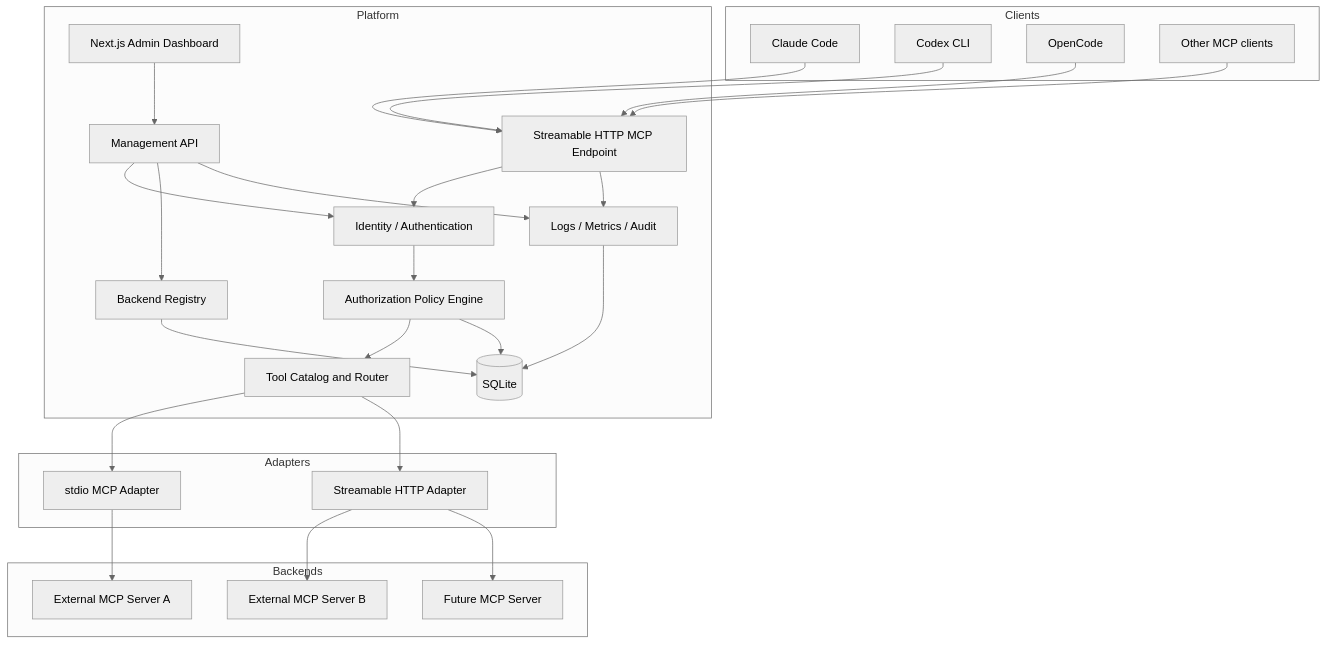
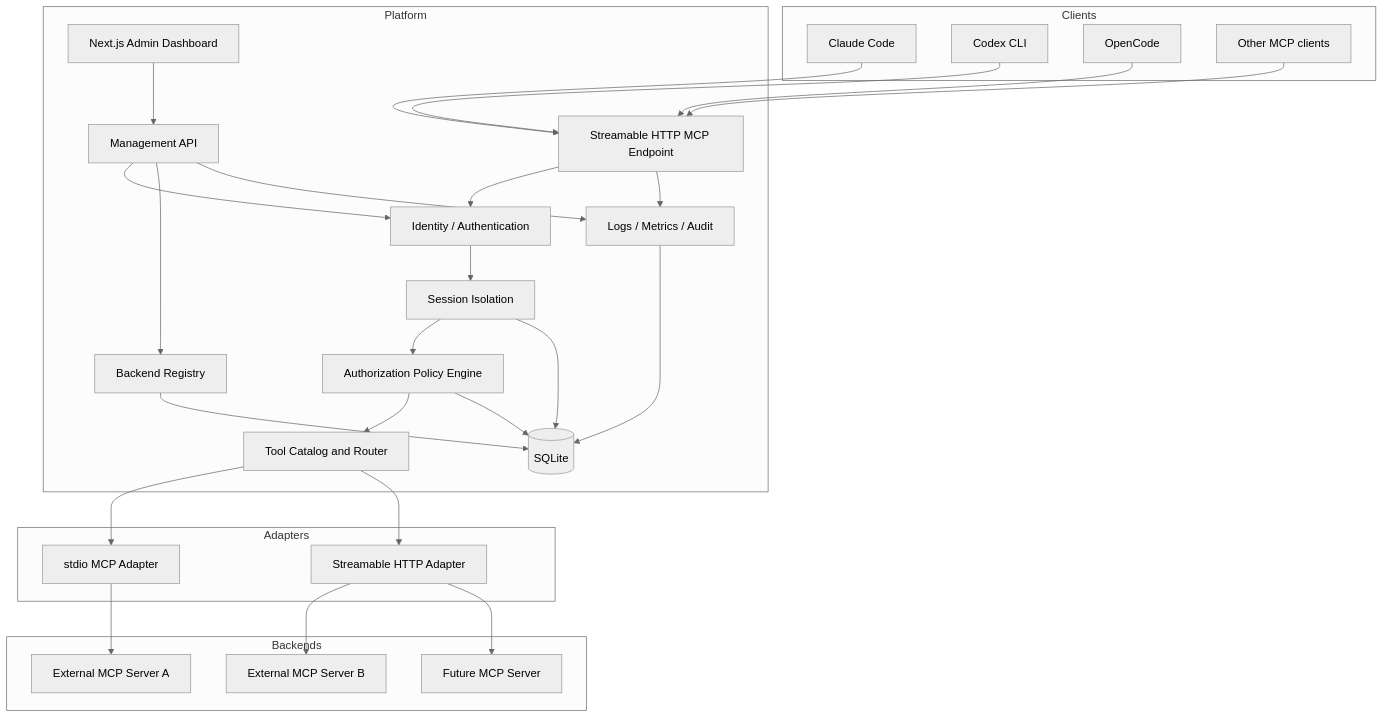
Before and after one commit to rachmat-japasima/universal-mcp-gateway: the diagram in docs/ARCHITECTURE.md, drawn with Mermaid (neutral theme). The commit also changed other lines of this file and 26 other files, not shown here.

````diff
--- a/docs/ARCHITECTURE.md
+++ b/docs/ARCHITECTURE.md
@@ -16,53 +16,56 @@
 ```mermaid
 flowchart TB
   subgraph Clients
     A[Claude Code]
     B[Codex CLI]
     C[OpenCode]
     D[Other MCP clients]
   end
 
   subgraph Platform
     G[Next.js Admin Dashboard]
     API[Management API]
     MCP[Streamable HTTP MCP Endpoint]
     AUTH[Identity / Authentication]
+    SES[Session Isolation]
     POLICY[Authorization Policy Engine]
     ROUTER[Tool Catalog and Router]
     REG[Backend Registry]
     OBS[Logs / Metrics / Audit]
     DB[(SQLite)]
   end
 
   subgraph Adapters
     STDIO[stdio MCP Adapter]
     HTTP[Streamable HTTP Adapter]
   end
 
   subgraph Backends
     X[External MCP Server A]
     Y[External MCP Server B]
     Z[Future MCP Server]
   end
 
   A --> MCP
   B --> MCP
   C --> MCP
   D --> MCP
   G --> API
   API --> AUTH
   MCP --> AUTH
-  AUTH --> POLICY
+  AUTH --> SES
+  SES --> POLICY
   POLICY --> ROUTER
   ROUTER --> STDIO
   ROUTER --> HTTP
   STDIO --> X
   HTTP --> Y
   HTTP --> Z
   API --> REG
+  SES --> DB
   REG --> DB
   POLICY --> DB
   OBS --> DB
   MCP --> OBS
   API --> OBS
 ```
````
